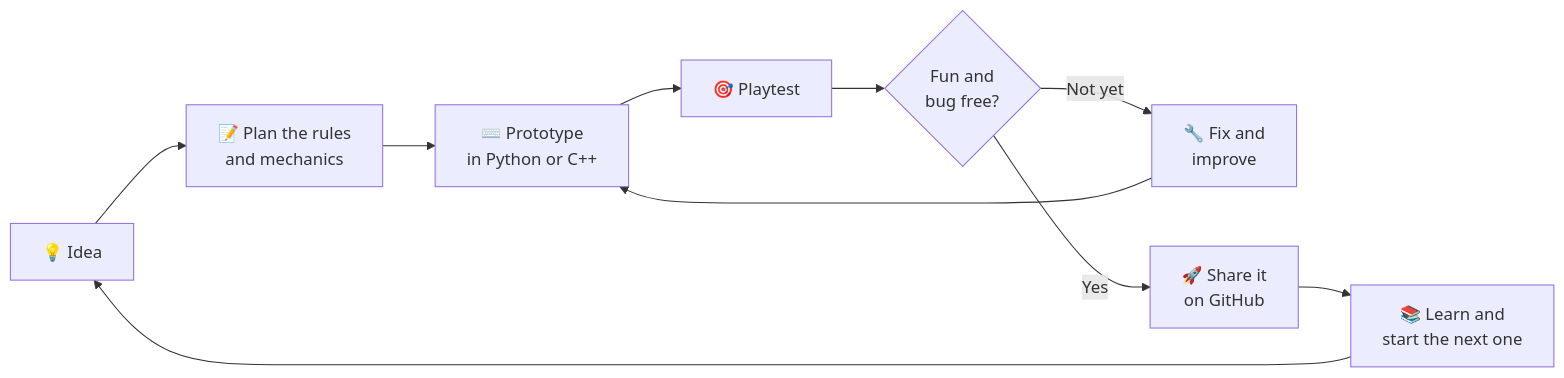
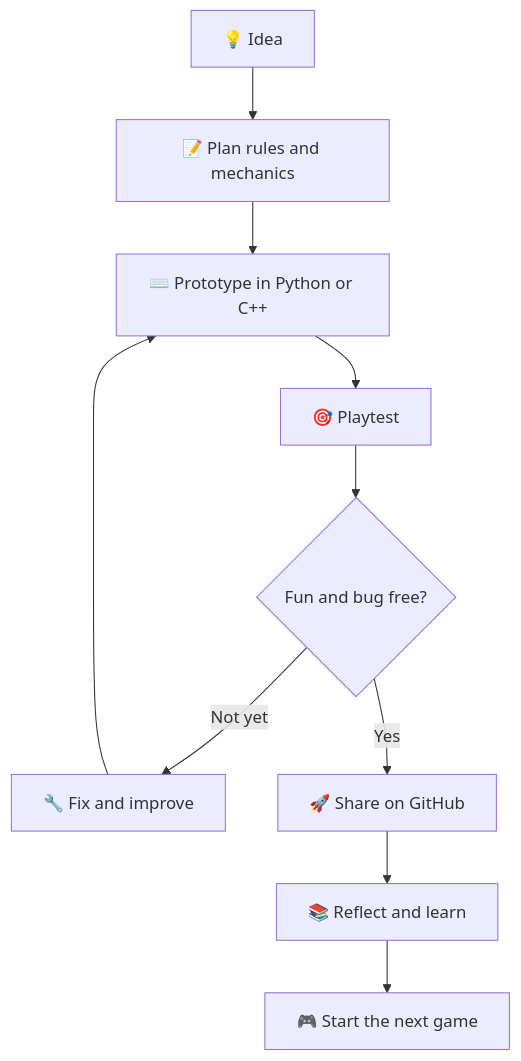
One commit to logithaj/logithaj changed the first of 2 diagrams in README.md. Above: the diagram before and after it, drawn with Mermaid. The commit also changed other lines of this file, not shown here.

````diff
--- a/README.md
+++ b/README.md
@@ -51,12 +48,12 @@
 ```mermaid
-flowchart LR
-    A["💡 Idea"] --> B["📝 Plan the rules<br/>and mechanics"]
-    B --> C["⌨️ Prototype<br/>in Python or C++"]
+flowchart TD
+    A["💡 Idea"] --> B["📝 Plan rules and mechanics"]
+    B --> C["⌨️ Prototype in Python or C++"]
     C --> D["🎯 Playtest"]
-    D --> E{"Fun and<br/>bug free?"}
-    E -- "Not yet" --> F["🔧 Fix and<br/>improve"]
+    D --> E{"Fun and bug free?"}
+    E -- "Not yet" --> F["🔧 Fix and improve"]
     F --> C
-    E -- "Yes" --> G["🚀 Share it<br/>on GitHub"]
-    G --> H["📚 Learn and<br/>start the next one"]
-    H --> A
+    E -- "Yes" --> G["🚀 Share on GitHub"]
+    G --> H["📚 Reflect and learn"]
+    H --> I["🎮 Start the next game"]
 ```
````
